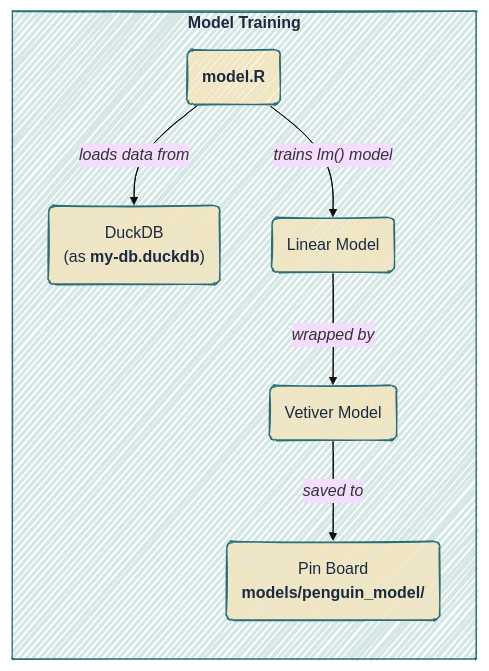
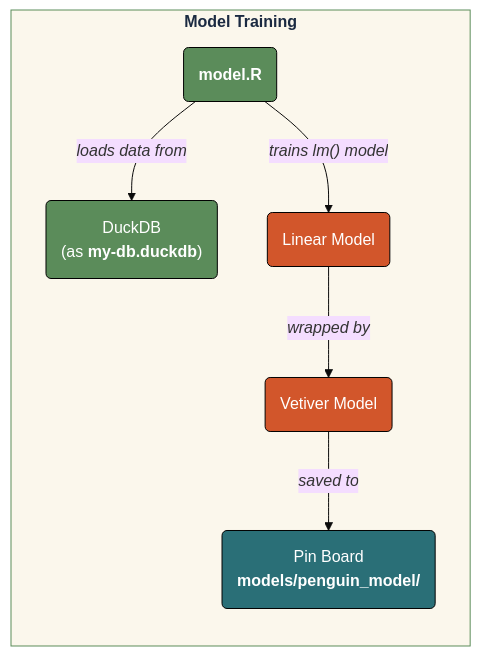
Before and after one commit to mjfrigaard/do4ds-labs: the second of 7 diagrams in plumber2.qmd, drawn with Mermaid. The commit also changed other lines of this file and 48 other files, not shown here.

````diff
--- a/plumber2.qmd
+++ b/plumber2.qmd
@@ -173,19 +171,23 @@
 ```{mermaid}
 %%| fig-width: 7.0
-%%| fig-align: center
-%%{init: {'theme': 'base', 'look': 'handDrawn', 'themeVariables': {'fontFamily': 'monospace'}}}%%
+%%| fig-align: 'center'
+%%{init: {'theme': 'base', 'themeVariables': {'fontFamily': 'monospace'}}}%%
 
 graph LR
     subgraph Training["<strong>Model Training</strong>"]
         ModelR("<strong>model.R</strong>")
         DuckDB("DuckDB <br> (as <strong>my-db.duckdb</strong>)")
         PinBoard("Pin Board<br><strong>models/penguin_model/</strong>")
 
         ModelR -->|"<em>loads data from</em>"| DuckDB
         ModelR -->|"<em>trains lm() model</em>"| LM("Linear Model")
         LM -->|"<em>wrapped by</em>"| Vetiver("Vetiver Model")
         Vetiver -->|"<em>saved to</em>"| PinBoard
     end
-    classDef default fill:#F2E6C2,stroke:#2A6F77,color:#1B2A41
-    style Training fill:#d4e7e4,stroke:#2A6F77,color:#1B2A41
+    style Training fill:#fbf7ec,stroke:#5B8C5A,color:#1B2A41
+    style ModelR fill:#5B8C5A,stroke:#000000,stroke-width:1px,color:#ffffff
+    style DuckDB fill:#5B8C5A,stroke:#000000,stroke-width:1px,color:#ffffff
+    style LM fill:#D2562B,stroke:#000000,stroke-width:1px,color:#ffffff
+    style Vetiver fill:#D2562B,stroke:#000000,stroke-width:1px,color:#ffffff
+    style PinBoard fill:#2A6F77,stroke:#000000,stroke-width:1px,color:#ffffff
 ```
````
